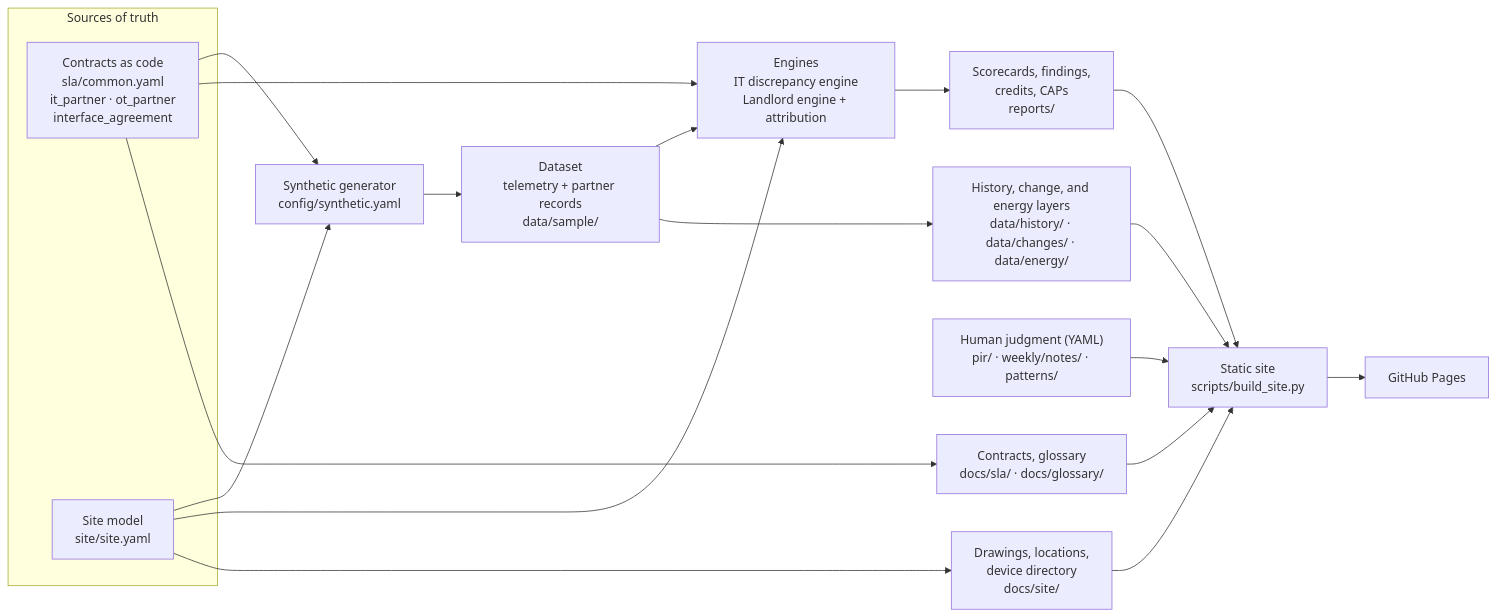
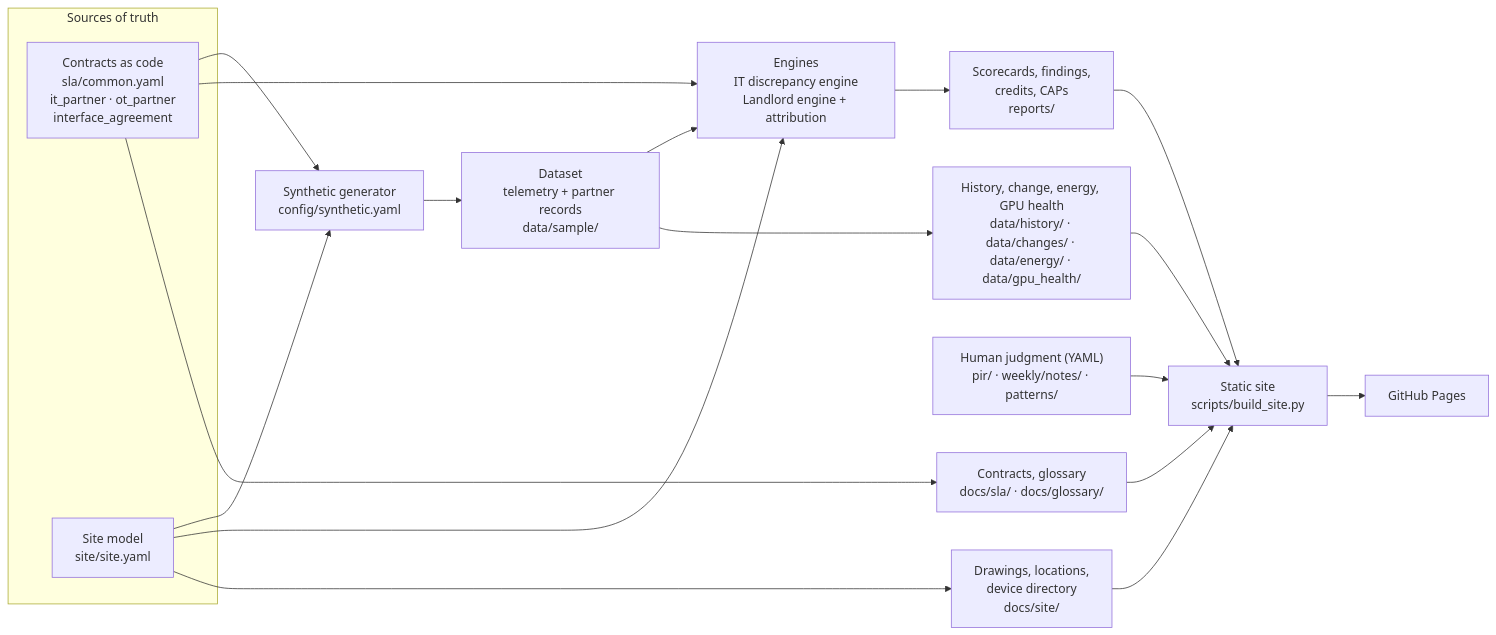
One commit to JasonMossotti/dco-vendor-scorecard changed the diagram in README.md. Above: the diagram before and after it, drawn with Mermaid. The commit also changed other lines of this file and 30 other files, not shown here.

First line of the commit message:
Add the GPU Health tab and review

````diff
--- a/README.md
+++ b/README.md
@@ -50,24 +51,24 @@
 ```mermaid
 flowchart LR
   subgraph truth[Sources of truth]
     SLA["Contracts as code<br/>sla/common.yaml<br/>it_partner · ot_partner<br/>interface_agreement"]
     SITE["Site model<br/>site/site.yaml"]
   end
   GEN["Synthetic generator<br/>config/synthetic.yaml"]
   GEN --> DATA["Dataset<br/>telemetry + partner records<br/>data/sample/"]
   SITE --> GEN
   SLA --> GEN
   DATA --> ENG["Engines<br/>IT discrepancy engine<br/>Landlord engine + attribution"]
   SLA --> ENG
   SITE --> ENG
   ENG --> REP["Scorecards, findings,<br/>credits, CAPs<br/>reports/"]
-  DATA --> HIST["History, change, and energy layers<br/>data/history/ · data/changes/ · data/energy/"]
+  DATA --> HIST["History, change, energy, GPU health<br/>data/history/ · data/changes/ · data/energy/ · data/gpu_health/"]
   REP --> PAGES
   HIST --> PAGES
   JUDG["Human judgment (YAML)<br/>pir/ · weekly/notes/ · patterns/"] --> PAGES
   SLA --> DOCS["Contracts, glossary<br/>docs/sla/ · docs/glossary/"]
   SITE --> DWG["Drawings, locations,<br/>device directory<br/>docs/site/"]
   DOCS --> PAGES
   DWG --> PAGES
   PAGES["Static site<br/>scripts/build_site.py"] --> GH["GitHub Pages"]
 ```
````
